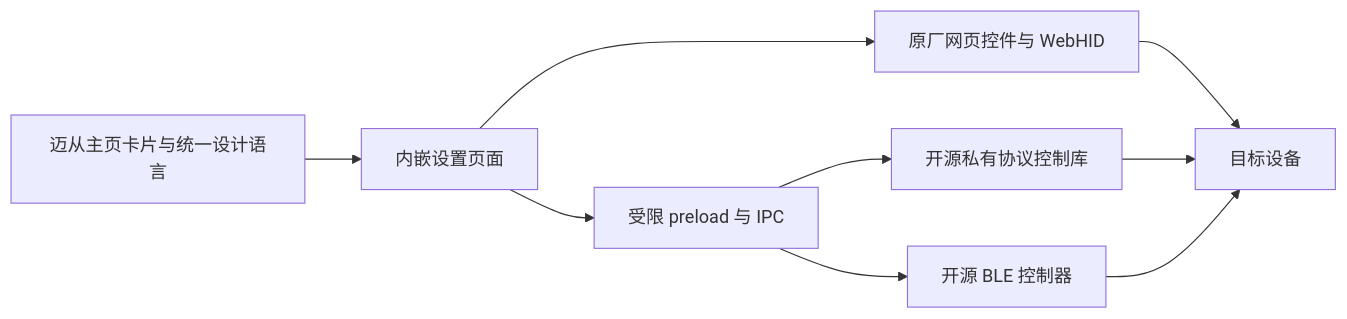
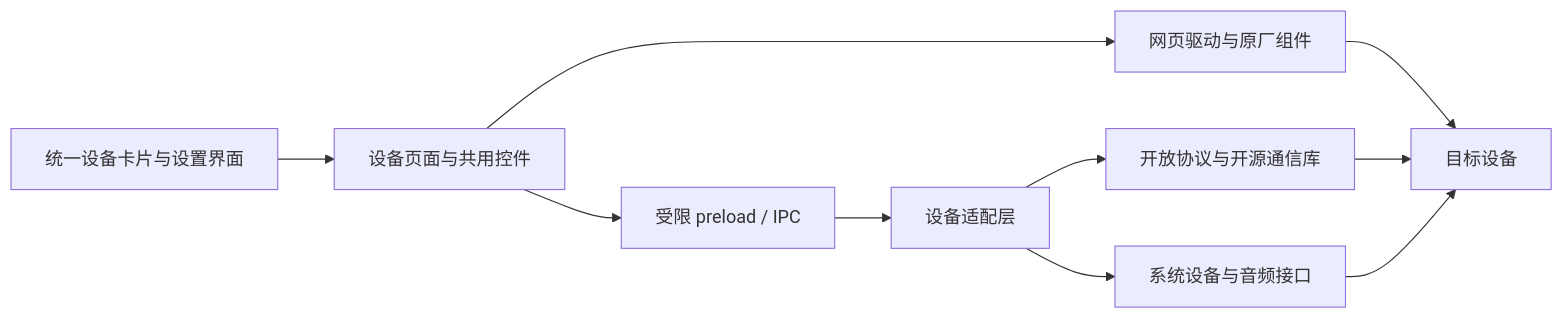
Before and after one commit to YuYiChyan/MCHOUSE_for_all: the diagram in README.md, drawn with Mermaid. The commit also changed other lines of this file, not shown here.

Commit message:
Describe the universal device platform vision and full integration architecture

````diff
--- a/README.md
+++ b/README.md
@@ -30,11 +39,12 @@
 ```mermaid
 flowchart LR
-    UI[迈从主页卡片与统一设计语言] --> View[内嵌设置页面]
-    View --> Web[原厂网页控件与 WebHID]
-    View --> IPC[受限 preload 与 IPC]
-    IPC --> USB[开源私有协议控制库]
-    IPC --> BLE[开源 BLE 控制器]
+    UI[统一设备卡片与设置界面] --> View[设备页面与共用控件]
+    View --> Web[网页驱动与原厂组件]
+    View --> Bridge[受限 preload / IPC]
+    Bridge --> Adapter[设备适配层]
+    Adapter --> Protocol[开放协议与开源通信库]
+    Adapter --> System[系统设备与音频接口]
     Web --> Device[目标设备]
-    USB --> Device
-    BLE --> Device
+    Protocol --> Device
+    System --> Device
 ```
````
